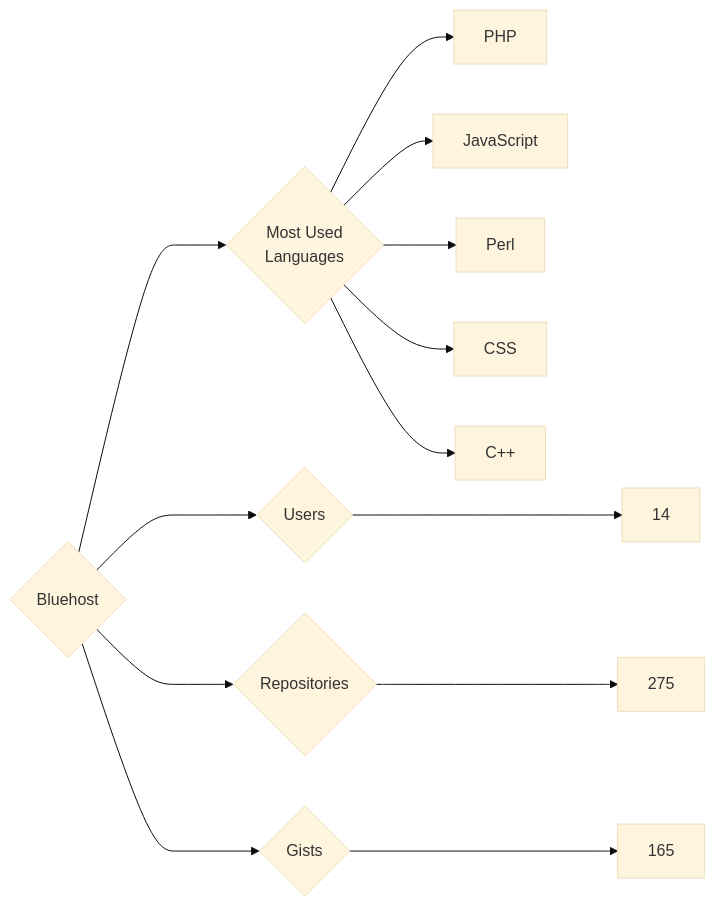
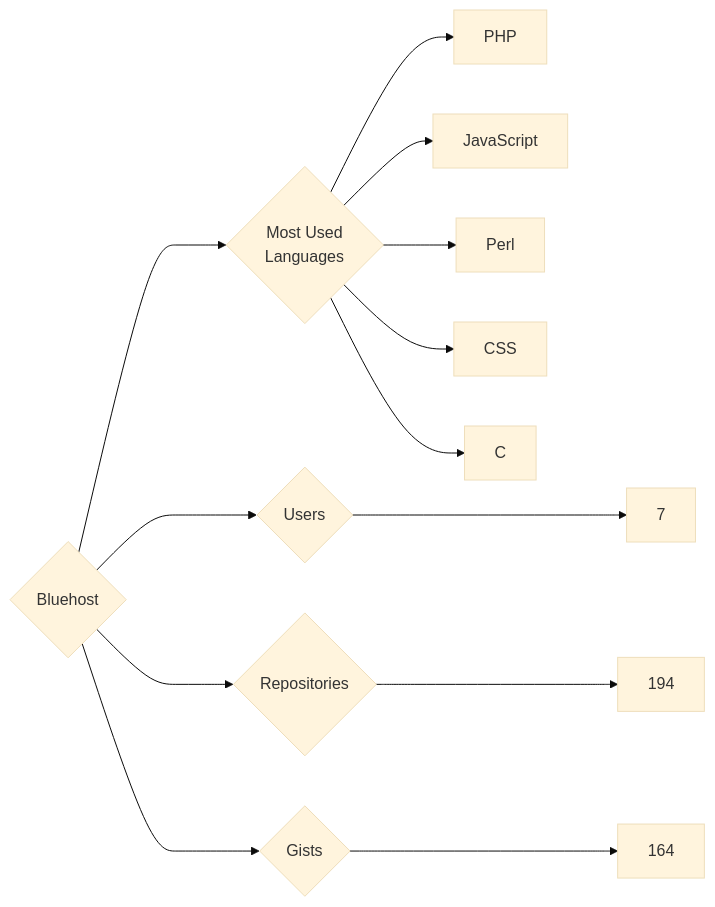
Before and after one commit to trickest/insiders: the diagram in targets/Bluehost/README.md, drawn with Mermaid (base theme). The commit also changed 838 other files, not shown here.

````diff
--- a/targets/Bluehost/README.md
+++ b/targets/Bluehost/README.md
@@ -3,13 +3,13 @@
 ```mermaid
 graph LR
 COMPANY_NAME{Bluehost}
-COMPANY_NAME ---> U{Users} ---> UN[14]
-COMPANY_NAME ---> R{Repositories} ---> RN[275]
-COMPANY_NAME ---> G{Gists} ---> GN[165]
+COMPANY_NAME ---> U{Users} ---> UN[7]
+COMPANY_NAME ---> R{Repositories} ---> RN[194]
+COMPANY_NAME ---> G{Gists} ---> GN[164]
 COMPANY_NAME ---> ML{Most Used<br>Languages}
 ML --> PHP[PHP]
 ML --> JavaScript[JavaScript]
 ML --> Perl[Perl]
 ML --> CSS[CSS]
-ML --> C++[C++]
+ML --> C[C]
 ```
````
